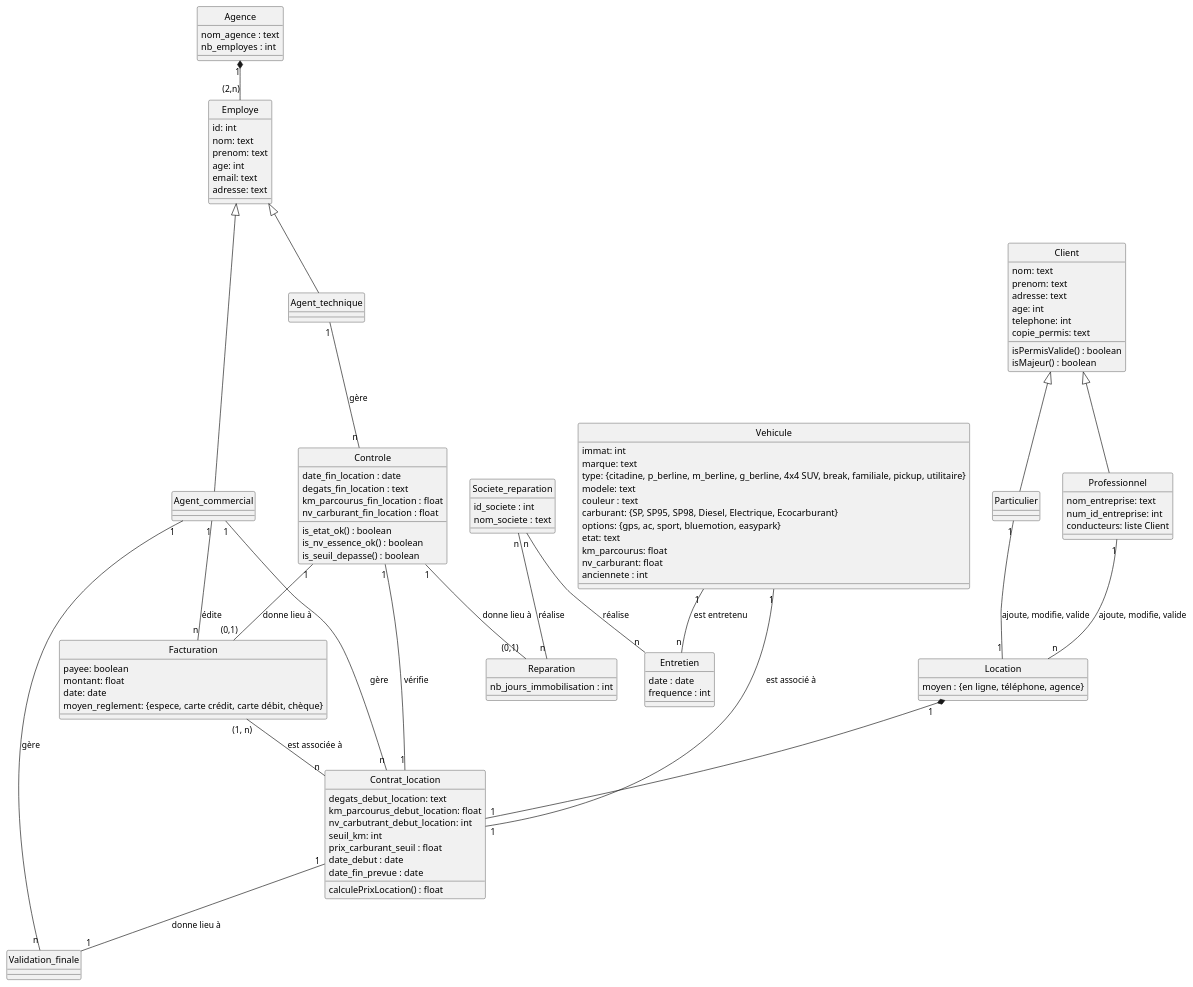
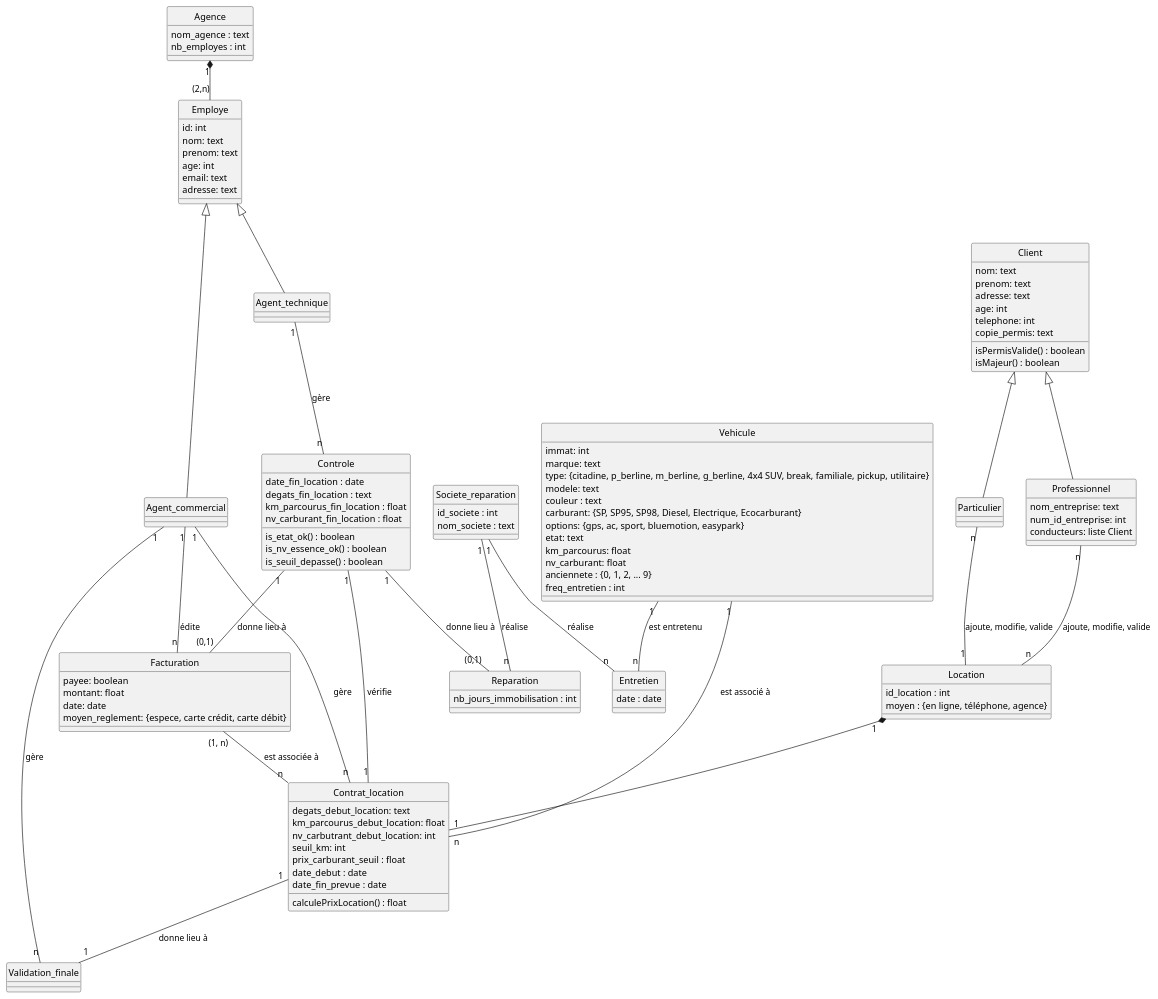
Before and after one commit to fouany/BDD-NF17: the diagram in MCD.plantuml, drawn with PlantUML. The commit also changed 1 other file, not shown here.

```diff
--- a/MCD.plantuml
+++ b/MCD.plantuml
@@ -1,136 +1,137 @@
 @startuml
 hide circle
 
 class Vehicule{
   immat: int
   marque: text
   type: {citadine, p_berline, m_berline, g_berline, 4x4 SUV, break, familiale, pickup, utilitaire}
   modele: text
   couleur : text
   carburant: {SP, SP95, SP98, Diesel, Electrique, Ecocarburant}
   options: {gps, ac, sport, bluemotion, easypark}
   etat: text
   km_parcourus: float
   nv_carburant: float
-  anciennete : int
+  anciennete : {0, 1, 2, ... 9}
+  freq_entretien : int
 }
 
 class Agence{
   nom_agence : text
   nb_employes : int
 }
 
 class Employe{
   id: int
   nom: text
   prenom: text
   age: int
   email: text
   adresse: text
 }
 
 class Agent_commercial{}
 
 class Agent_technique{}
 
 class Societe_reparation{
   id_societe : int
   nom_societe : text
 }
 
 class Client{
   nom: text
   prenom: text
   adresse: text
   age: int
   telephone: int
   copie_permis: text
   isPermisValide() : boolean
   isMajeur() : boolean 
 }
 
 class Particulier{}
 
 class Professionnel{
   nom_entreprise: text
   num_id_entreprise: int
   conducteurs: liste Client
 }
 
 class Location{
+  id_location : int
   moyen : {en ligne, téléphone, agence}
 }
 
 class Contrat_location{
   degats_debut_location: text
   km_parcourus_debut_location: float
   nv_carbutrant_debut_location: int
   seuil_km: int
   prix_carburant_seuil : float
   date_debut : date
   date_fin_prevue : date
   calculePrixLocation() : float
 }
 
 class Facturation{
   payee: boolean
   montant: float
   date: date
-  moyen_reglement: {espece, carte crédit, carte débit, chèque}
+  moyen_reglement: {espece, carte crédit, carte débit}
 }
 
 class Validation_finale{}
 
 class Entretien{
   date : date
-  frequence : int
 }
 
 class Controle{
   date_fin_location : date
   degats_fin_location : text
   km_parcourus_fin_location : float
   nv_carburant_fin_location : float
   is_etat_ok() : boolean 
   is_nv_essence_ok() : boolean
   is_seuil_depasse() : boolean
 }
 
 class Reparation{
   nb_jours_immobilisation : int
 }
 
 Location "1" *-- "1" Contrat_location
 Agence "1" *-- "(2,n)" Employe
 
 
 Employe <|-- Agent_technique
 Employe <|-- Agent_commercial
 
 Client <|-- Particulier
 Client <|-- Professionnel
 
-Particulier "1" -- "1" Location : ajoute, modifie, valide
-Professionnel "1" -- "n" Location : ajoute, modifie, valide
+Particulier "n" -- "1" Location : ajoute, modifie, valide
+Professionnel "n" -- "n" Location : ajoute, modifie, valide
 
 Agent_commercial "1" -- "n" Contrat_location : gère 
 Agent_commercial "1" -- "n" Facturation : édite
 Agent_commercial "1" -- "n" Validation_finale : gère
 
 Agent_technique "1" -- "n" Controle : gère
 
 Contrat_location "1" -- "1" Validation_finale : donne lieu à
 
-Vehicule "1" -- "1" Contrat_location : est associé à  
+Vehicule "1" -- "n" Contrat_location : est associé à  
 Vehicule "1" -- "n" Entretien : est entretenu
 
 Facturation "(1, n)" -- "n" Contrat_location : est associée à
 
 Controle "1" -- "1" Contrat_location : vérifie
 Controle "1" -- "(0,1)" Reparation : donne lieu à 
 Controle "1" -- "(0,1)" Facturation : donne lieu à 
 
-Societe_reparation "n" -- "n" Entretien : réalise
-Societe_reparation "n" -- "n" Reparation : réalise
+Societe_reparation "1" -- "n" Entretien : réalise
+Societe_reparation "1" -- "n" Reparation : réalise
 
 @enduml
```
